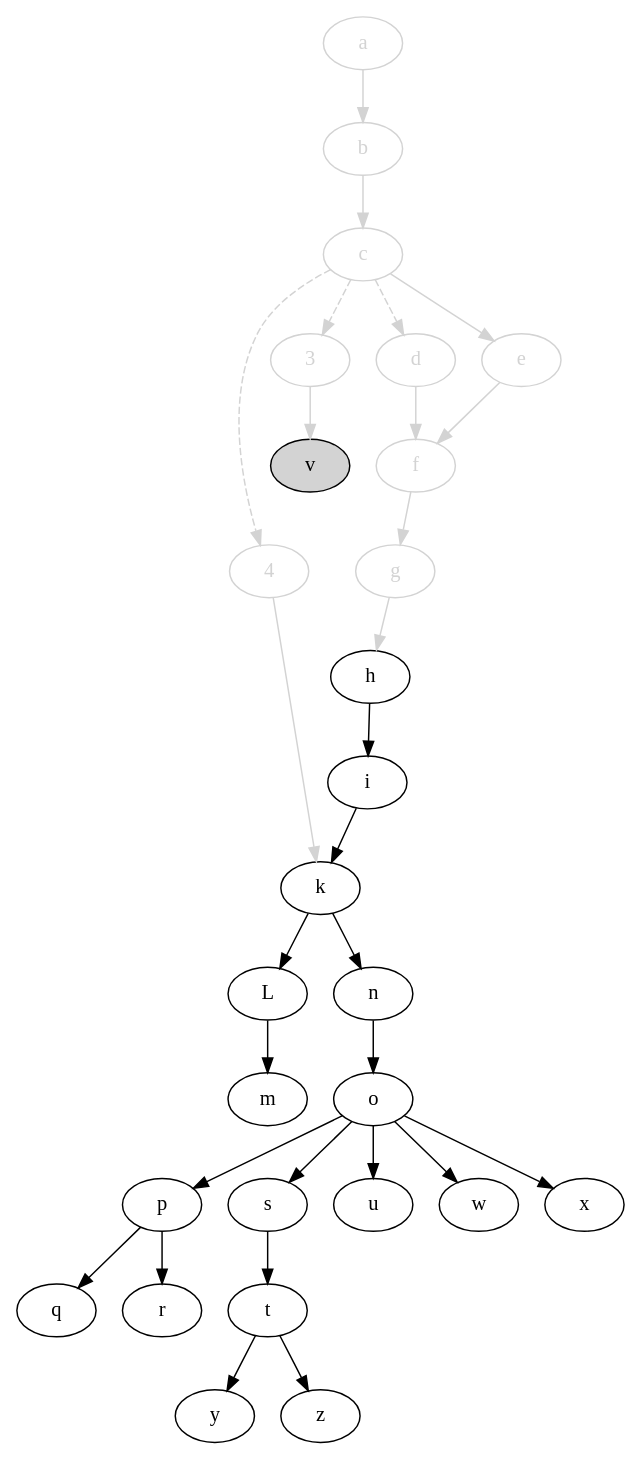
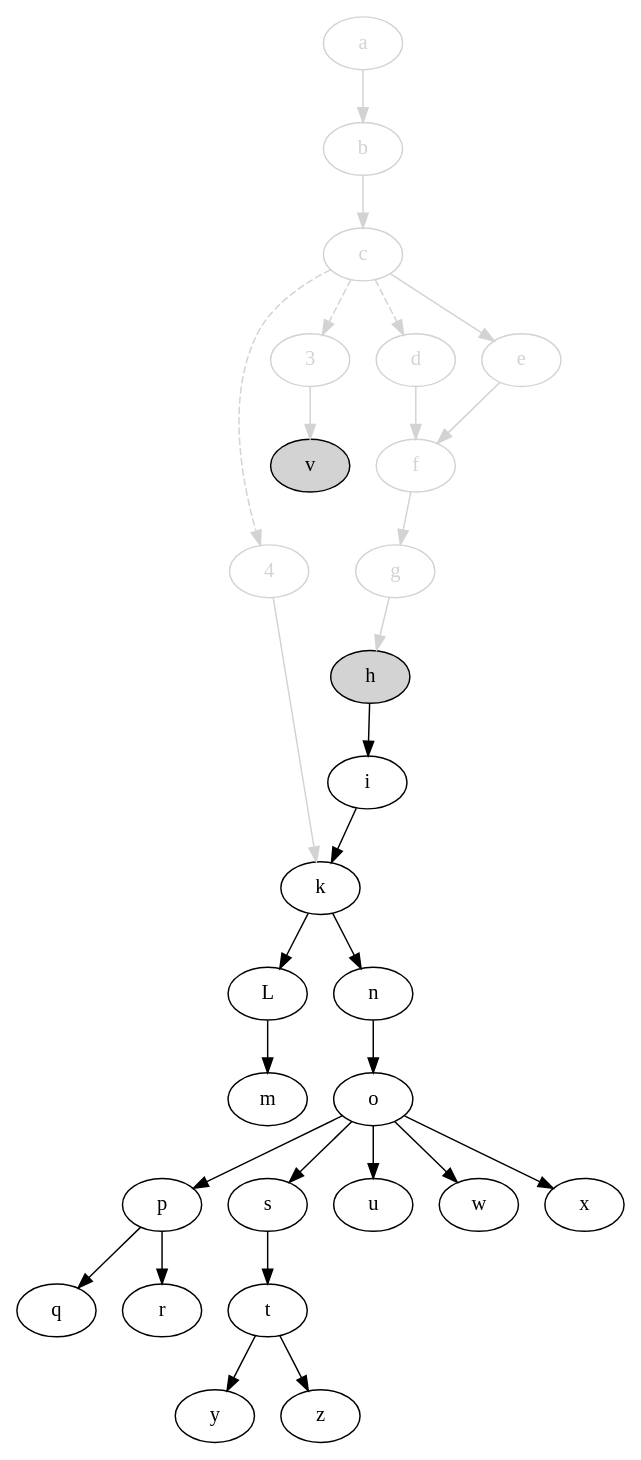
One commit to jdmpapin/svm-startup-deps changed the diagram in svm-startup-deps.dot. Above: the diagram before and after it, drawn with Graphviz. The commit also changed 1 other file, not shown here.

```diff
--- a/svm-startup-deps.dot
+++ b/svm-startup-deps.dot
@@ -1,58 +1,58 @@
 digraph {
     4 [color=lightgrey,fontcolor=lightgrey];
     3 [color=lightgrey,fontcolor=lightgrey];
     a [color=lightgrey,fontcolor=lightgrey];
     b [color=lightgrey,fontcolor=lightgrey];
     c [color=lightgrey,fontcolor=lightgrey];
     d [color=lightgrey,fontcolor=lightgrey];
     e [color=lightgrey,fontcolor=lightgrey];
     f [color=lightgrey,fontcolor=lightgrey];
     g [color=lightgrey,fontcolor=lightgrey];
-    h;
+    h [style=filled,fillcolor=lightgrey];
     i;
     k;
     L;
     m;
     n;
     o;
     p;
     q;
     r;
     s;
     t;
     u;
     v [style=filled,fillcolor=lightgrey];
     w;
     x;
     y;
     z;
 
     4 -> k [color=lightgrey];
     c -> 4 [style=dashed,color=lightgrey];
     c -> 3 [style=dashed,color=lightgrey];
     c -> d [style=dashed,color=lightgrey];
     3 -> v [color=lightgrey];
     a -> b [color=lightgrey];
     b -> c [color=lightgrey];
     c -> e [color=lightgrey];
     d -> f [color=lightgrey];
     e -> f [color=lightgrey];
     f -> g [color=lightgrey];
     g -> h [color=lightgrey];
     h -> i;
     i -> k;
     k -> L;
     L -> m;
     k -> n;
     n -> o;
     o -> p;
     p -> q;
     p -> r;
     o -> s;
     s -> t;
     o -> u;
     o -> w;
     o -> x;
     t -> y;
     t -> z;
 }
```
